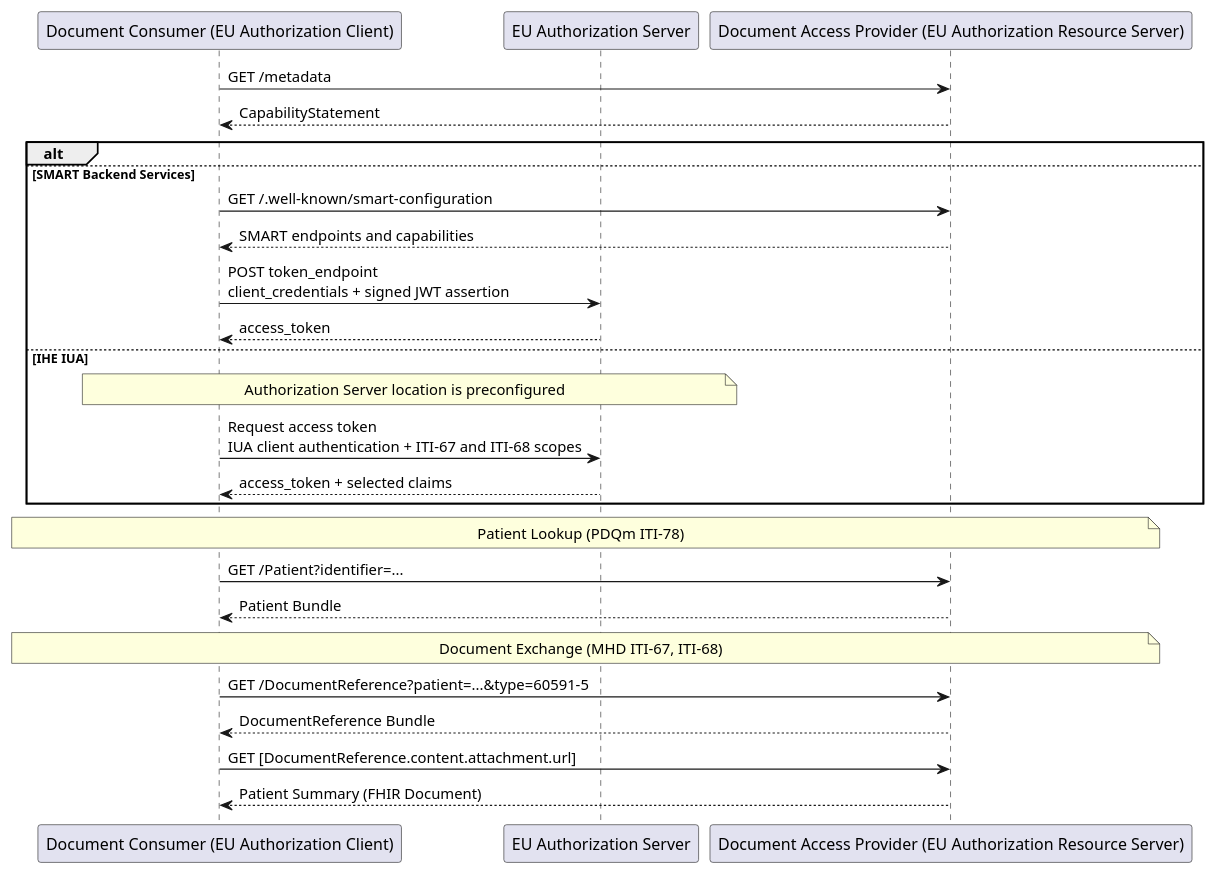
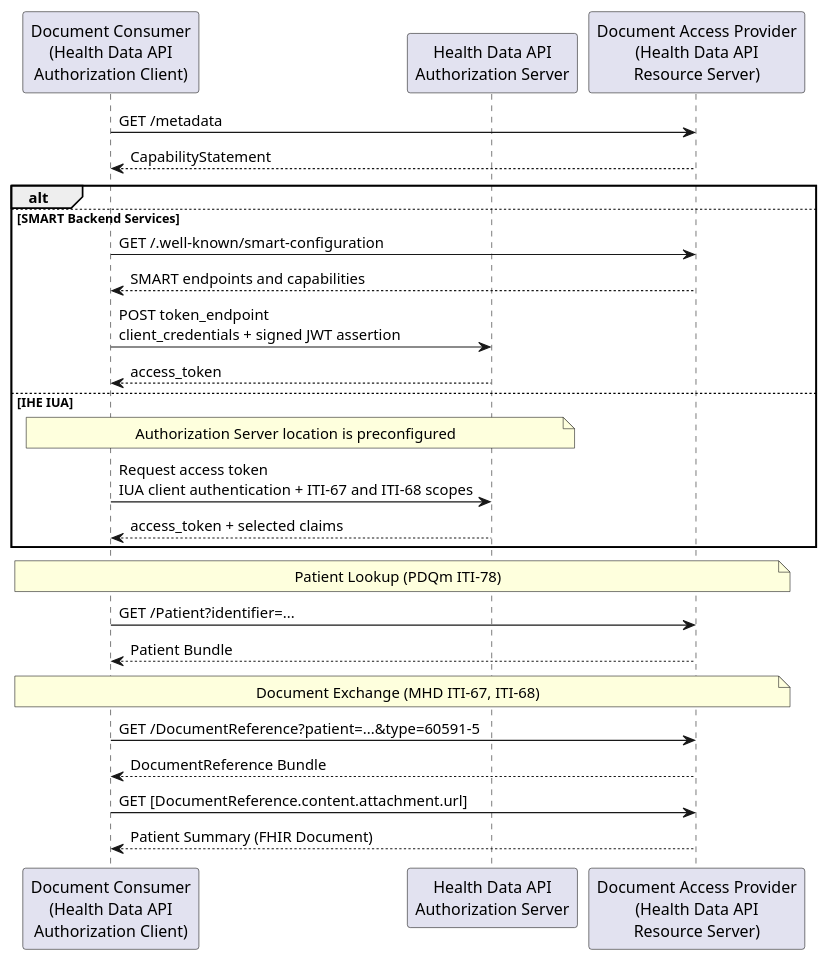
The diagram in input/images-source/patient-summary-auth-sequence.plantuml (euridice-org/eu-health-data-api), drawn with PlantUML before and after one commit. The commit also changed 18 other files, not shown here.

First line of the commit message:
Clarify Health Data API authorization actor names

```diff
--- a/input/images-source/patient-summary-auth-sequence.plantuml
+++ b/input/images-source/patient-summary-auth-sequence.plantuml
@@ -1,32 +1,32 @@
 @startuml patient-summary-auth-sequence
 skinparam svgDimensionStyle false
 
-participant "Document Consumer (EU Authorization Client)" as Consumer
-participant "EU Authorization Server" as AuthZ
-participant "Document Access Provider (EU Authorization Resource Server)" as Provider
+participant "Document Consumer\n(Health Data API\nAuthorization Client)" as Consumer
+participant "Health Data API\nAuthorization Server" as AuthZ
+participant "Document Access Provider\n(Health Data API\nResource Server)" as Provider
 
 Consumer -> Provider: GET /metadata
 Provider --> Consumer: CapabilityStatement
 
 alt 
 else SMART Backend Services
     Consumer -> Provider: GET /.well-known/smart-configuration
     Provider --> Consumer: SMART endpoints and capabilities
     Consumer -> AuthZ: POST token_endpoint\nclient_credentials + signed JWT assertion
     AuthZ --> Consumer: access_token
 else IHE IUA
     note over Consumer, AuthZ: Authorization Server location is preconfigured
     Consumer -> AuthZ: Request access token\nIUA client authentication + ITI-67 and ITI-68 scopes
     AuthZ --> Consumer: access_token + selected claims
 end
 
 note over Consumer, Provider: Patient Lookup (PDQm ITI-78)
 Consumer -> Provider: GET /Patient?identifier=...
 Provider --> Consumer: Patient Bundle
 
 note over Consumer, Provider: Document Exchange (MHD ITI-67, ITI-68)
 Consumer -> Provider: GET /DocumentReference?patient=...&type=60591-5
 Provider --> Consumer: DocumentReference Bundle
 Consumer -> Provider: GET [DocumentReference.content.attachment.url]
 Provider --> Consumer: Patient Summary (FHIR Document)
 @enduml
```
